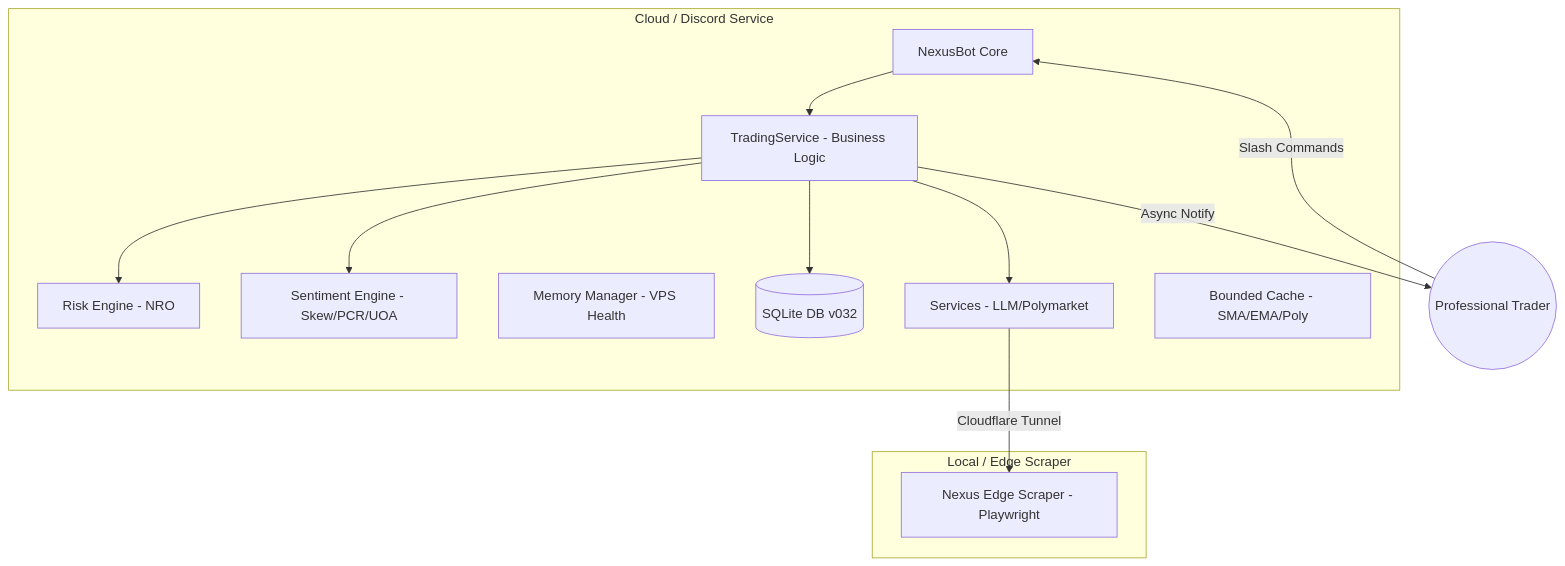
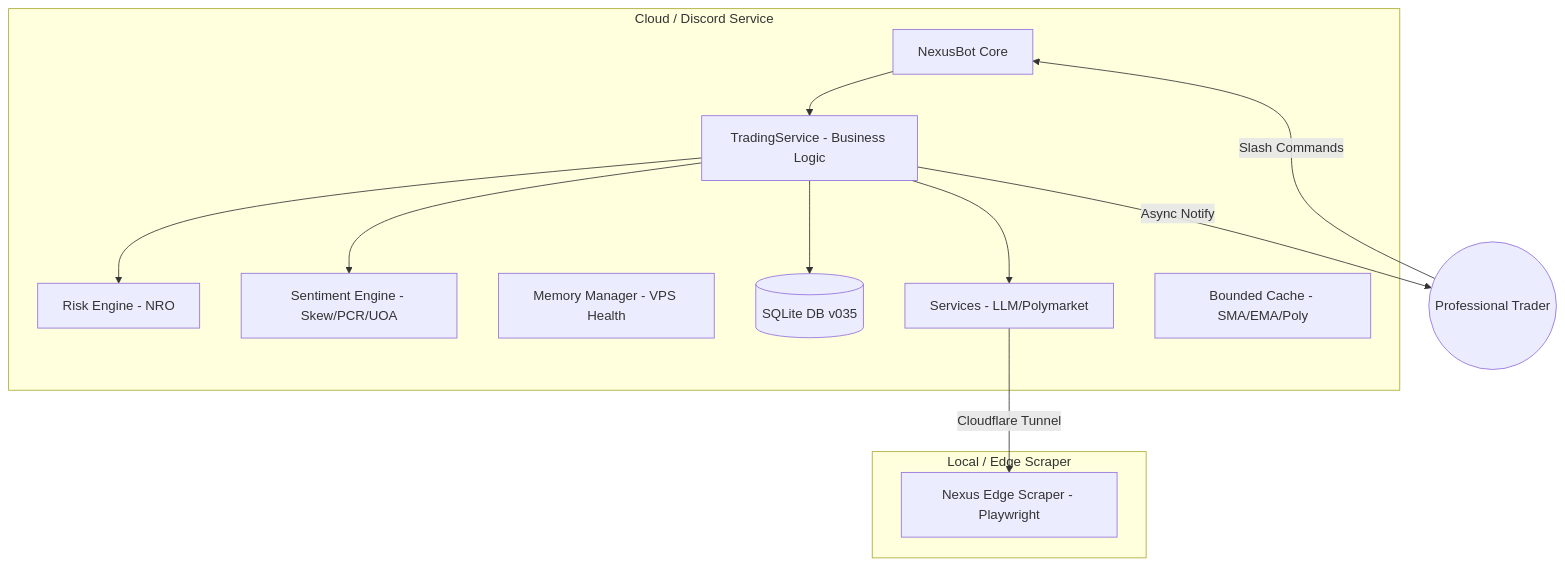
The first of 2 diagrams in README.md (cosmo-chang-1701/nexus-seeker), drawn with Mermaid before and after one commit. The commit also changed other lines of this file and 1 other file, not shown here.

Commit message:
docs: update README and AGENTS with entry price and PnL features

````diff
--- a/README.md
+++ b/README.md
@@ -37,26 +37,26 @@
 ```mermaid
 graph TD
     subgraph Cloud_Environment [Cloud / Discord Service]
         Bot[NexusBot Core]
         TS[TradingService - Business Logic]
         RE[Risk Engine - NRO]
         SE[Sentiment Engine - Skew/PCR/UOA]
         MM[Memory Manager - VPS Health]
-        DB[(SQLite DB v032)]
+        DB[(SQLite DB v035)]
         S[Services - LLM/Polymarket]
         C[Bounded Cache - SMA/EMA/Poly]
     end
 
     subgraph Edge_Environment [Local / Edge Scraper]
         ES[Nexus Edge Scraper - Playwright]
     end
 
     User((Professional Trader)) -- Slash Commands --> Bot
     Bot --> TS
     TS --> RE
     TS --> SE
     TS --> DB
     TS --> S
     S -- Cloudflare Tunnel --> ES
     TS -- Async Notify --> User
 ```
````
